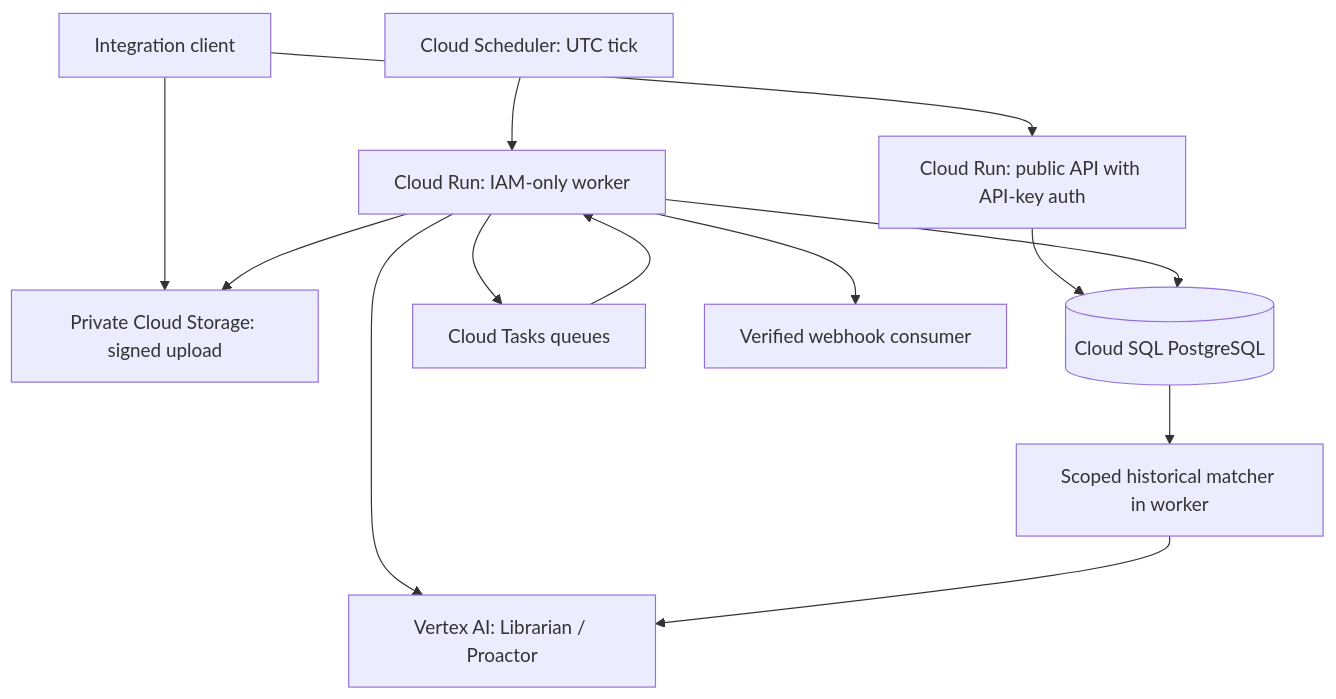
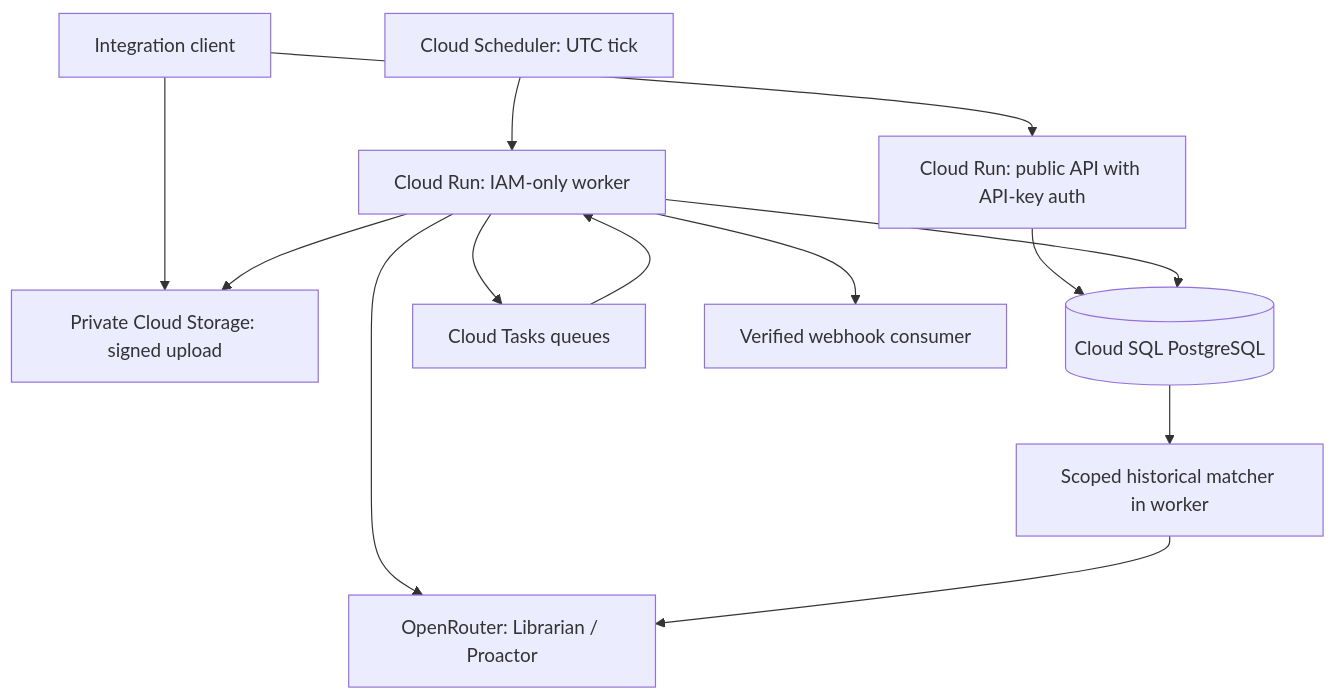
One commit to krazy-builder-club/krazy-builder-club changed the diagram in docs/architecture.md. Above: the diagram before and after it, drawn with Mermaid. The commit also changed other lines of this file and 19 other files, not shown here.

First line of the commit message:
feat(librarian): switch inference to OpenRouter and verify live

````diff
--- a/docs/architecture.md
+++ b/docs/architecture.md
@@ -27,15 +27,15 @@
 ```mermaid
 flowchart TD
     Client[Integration client] --> API[Cloud Run: public API with API-key auth]
     Client --> GCS[Private Cloud Storage: signed upload]
     API --> DB[(Cloud SQL PostgreSQL)]
     Scheduler[Cloud Scheduler: UTC tick] --> Worker[Cloud Run: IAM-only worker]
     Worker --> DB
     Worker --> Tasks[Cloud Tasks queues]
     Tasks --> Worker
     Worker --> GCS
-    Worker --> Model[Vertex AI: Librarian / Proactor]
+    Worker --> Model[OpenRouter: Librarian / Proactor]
     Worker --> Hook[Verified webhook consumer]
     DB --> Pattern[Scoped historical matcher in worker]
     Pattern --> Model
 ```
````
